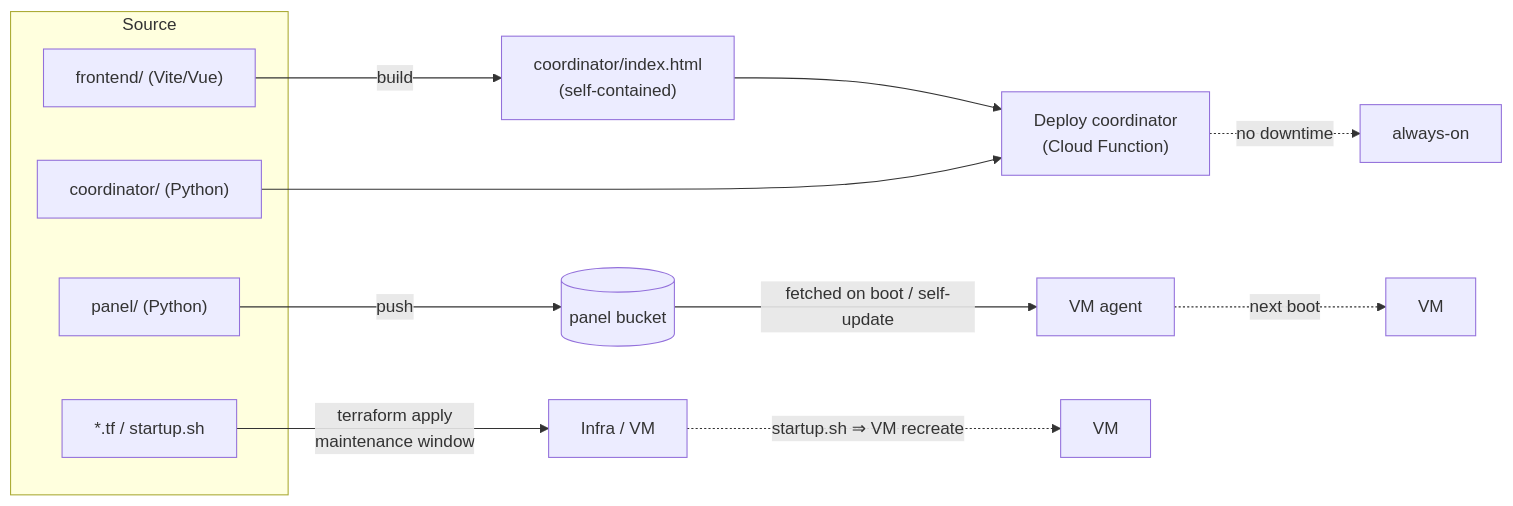
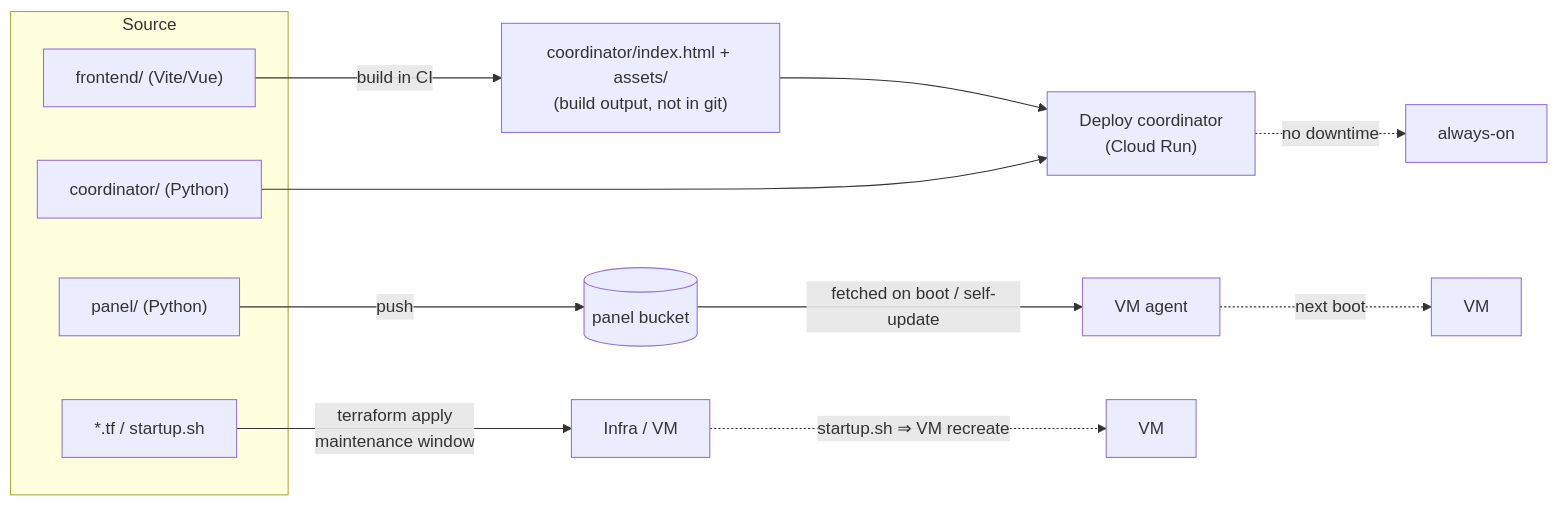
One commit to emanuel-luis/palpilot changed the seventh of 7 diagrams in docs/ARCHITECTURE.md. Above: the diagram before and after it, drawn with Mermaid. The commit also changed other lines of this file and 2 other files, not shown here.

Commit message:
docs: add what this demonstrates and the analytics results; describe Cloud Run, not Cloud Functions

````diff
--- a/docs/ARCHITECTURE.md
+++ b/docs/ARCHITECTURE.md
@@ -216,20 +216,20 @@
 ```mermaid
 flowchart LR
     subgraph Src["Source"]
       FE["frontend/ (Vite/Vue)"]
       CO["coordinator/ (Python)"]
       PA["panel/ (Python)"]
       TF["*.tf / startup.sh"]
     end
 
-    FE -->|build| IDX["coordinator/index.html<br/>(self-contained)"]
+    FE -->|build in CI| IDX["coordinator/index.html + assets/<br/>(build output, not in git)"]
     IDX --> DEP1
-    CO --> DEP1["Deploy coordinator<br/>(Cloud Function)"]
+    CO --> DEP1["Deploy coordinator<br/>(Cloud Run)"]
     PA -->|push| BKT[("panel bucket")]
     BKT -->|fetched on boot / self-update| VMB["VM agent"]
     TF -->|terraform apply<br/>maintenance window| INFRA["Infra / VM"]
 
     DEP1 -.->|no downtime| LIVE1["always-on"]
     VMB -.->|next boot| LIVE2["VM"]
     INFRA -.->|startup.sh ⇒ VM recreate| LIVE3["VM"]
 ```
````
